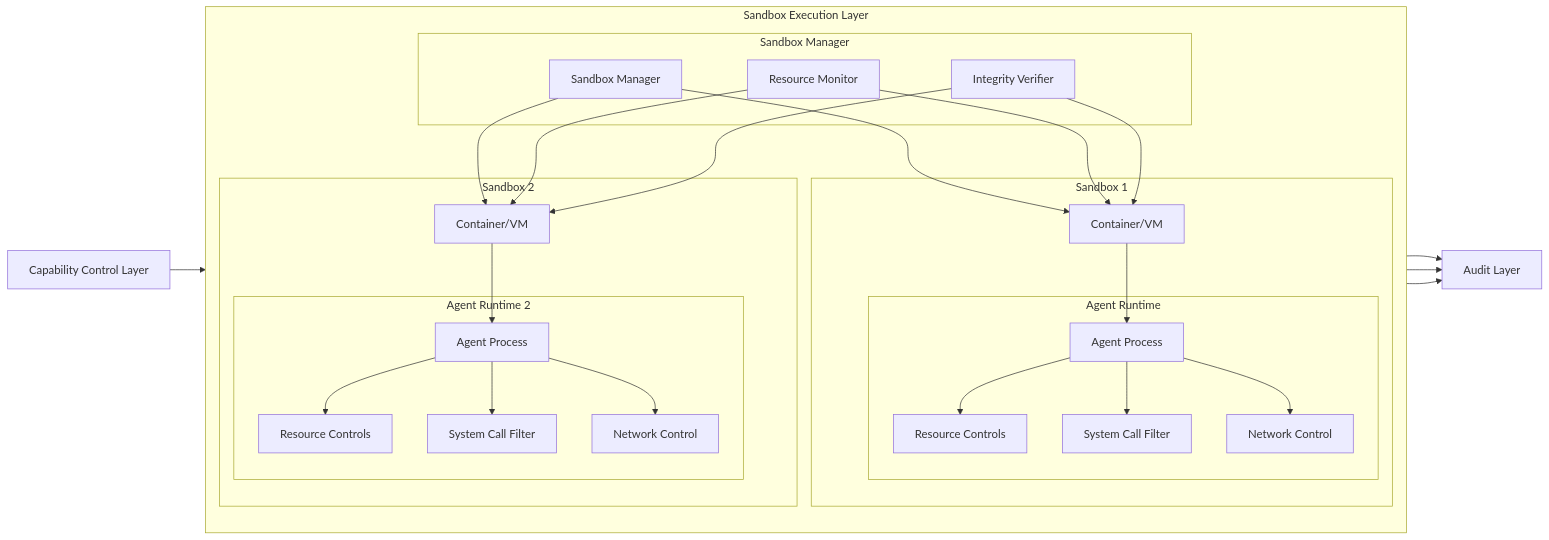
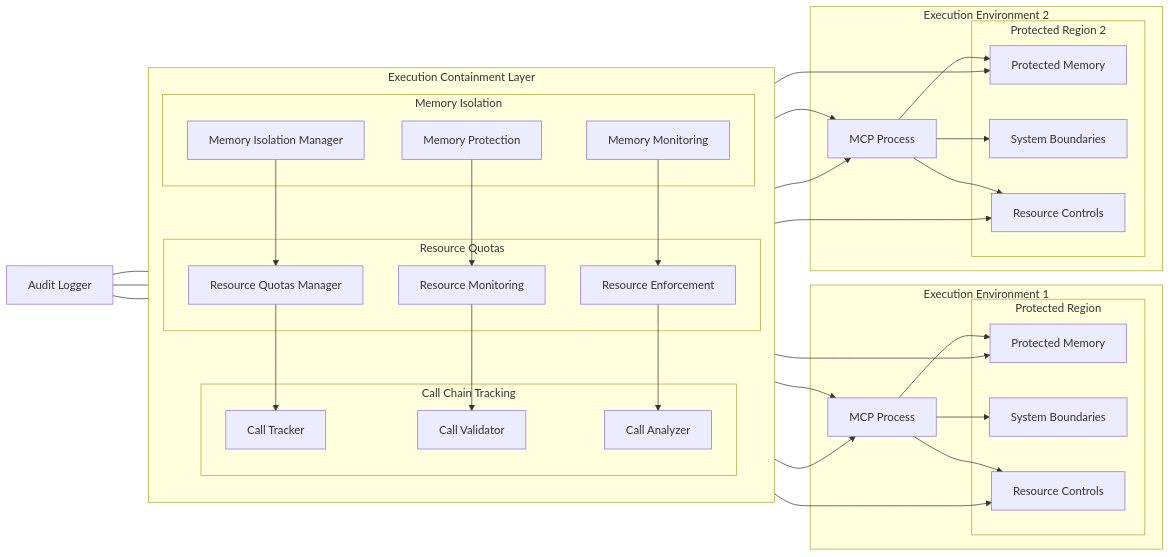
The fifth of 8 diagrams in 6-diags-mermaid.md (nshkrdotcom/GUARDRAIL), drawn with Mermaid before and after one commit. The commit also changed other lines of this file and 7 other files, not shown here.

````diff
--- a/6-diags-mermaid.md
+++ b/6-diags-mermaid.md
@@ -336,56 +262,73 @@
 ```mermaid
 flowchart LR
-    subgraph "Sandbox Execution Layer"
+    subgraph "Execution Containment Layer"
         direction TB
         
-        subgraph "Sandbox Manager"
-            SM[Sandbox Manager]
-            RM[Resource Monitor]
-            IV[Integrity Verifier]
+        subgraph "Memory Isolation"
+            MI[Memory Isolation Manager]
+            MP[Memory Protection]
+            MM[Memory Monitoring]
         end
         
-        subgraph "Sandbox 1"
-            S1[Container/VM]
-            
-            subgraph "Agent Runtime"
-                AR1[Agent Process]
-                RC1[Resource Controls]
-                SC1[System Call Filter]
-                NC1[Network Control]
-            end
-            
-            S1 --> AR1
-            AR1 --> RC1
-            AR1 --> SC1
-            AR1 --> NC1
+        subgraph "Resource Quotas"
+            RQ[Resource Quotas Manager]
+            RM[Resource Monitoring]
+            RE[Resource Enforcement]
         end
         
-        subgraph "Sandbox 2"
-            S2[Container/VM]
-            
-            subgraph "Agent Runtime 2"
-                AR2[Agent Process]
-                RC2[Resource Controls]
-                SC2[System Call Filter]
-                NC2[Network Control]
-            end
-            
-            S2 --> AR2
-            AR2 --> RC2
-            AR2 --> SC2
-            AR2 --> NC2
+        subgraph "Call Chain Tracking"
+            CT[Call Tracker]
+            CV[Call Validator]
+            CA[Call Analyzer]
         end
         
-        SM --> S1
-        SM --> S2
-        RM --> S1
-        RM --> S2
-        IV --> S1
-        IV --> S2
+        MI --> RQ
+        MP --> RM
+        MM --> RE
+        RQ --> CT
+        RM --> CV
+        RE --> CA
     end
     
-    CCL[Capability Control Layer] --> SM
-    SM --> ACL[Audit Layer]
-    RM --> ACL
-    IV --> ACL
+    subgraph "Execution Environment 1"
+        E1[MCP Process]
+        
+        subgraph "Protected Region"
+            PR1[Protected Memory]
+            SB1[System Boundaries]
+            RC1[Resource Controls]
+        end
+        
+        E1 --> PR1
+        E1 --> SB1
+        E1 --> RC1
+    end
+    
+    subgraph "Execution Environment 2"
+        E2[MCP Process]
+        
+        subgraph "Protected Region 2"
+            PR2[Protected Memory]
+            SB2[System Boundaries]
+            RC2[Resource Controls]
+        end
+        
+        E2 --> PR2
+        E2 --> SB2
+        E2 --> RC2
+    end
+    
+    MI --> E1
+    MP --> PR1
+    RQ --> RC1
+    CT --> E1
+    
+    MI --> E2
+    MP --> PR2
+    RQ --> RC2
+    CT --> E2
+    
+    AL[Audit Logger] --- MI
+    AL --- RQ
+    AL --- CT
 ```
````
